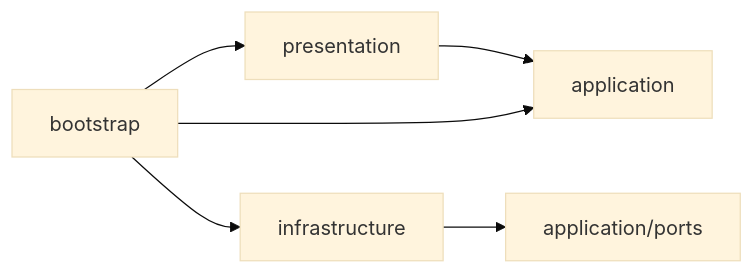
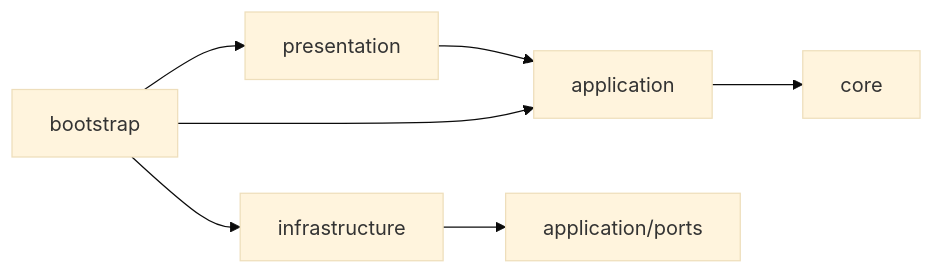
One commit to ikki0006/ai-family-assistant changed the diagram in docs/architecture.md. Above: the diagram before and after it, drawn with Mermaid (base theme). The commit also changed other lines of this file and 38 other files, not shown here.

````diff
--- a/docs/architecture.md
+++ b/docs/architecture.md
@@ -39,8 +40,9 @@
 ```mermaid
 flowchart LR
   P[presentation] --> A[application]
   I[infrastructure] --> Ports[application/ports]
+  A --> C[core]
   B[bootstrap] --> P
   B --> A
   B --> I
 ```
````
